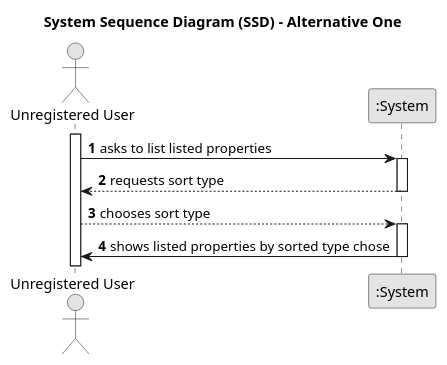
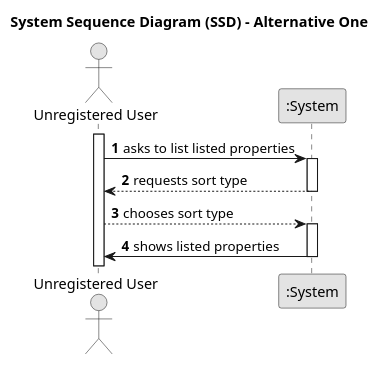
Before and after one commit to PEDROMOREIRA45/lei-23-s2-1dg-g31: the diagram in docs/sprintA/us001/01.requirements-engineering/puml/us001-system-sequence-diagram-alternative-one.puml, drawn with PlantUML. The commit also changed 9 other files, not shown here.

```diff
--- a/docs/sprintA/us001/01.requirements-engineering/puml/us001-system-sequence-diagram-alternative-one.puml
+++ b/docs/sprintA/us001/01.requirements-engineering/puml/us001-system-sequence-diagram-alternative-one.puml
@@ -1,27 +1,27 @@
 @startuml
 skinparam monochrome true
 skinparam packageStyle rectangle
 skinparam shadowing false
 
 title System Sequence Diagram (SSD) - Alternative One
 
 autonumber
 
 actor "Unregistered User" as User
 participant ":System" as System
 
 activate User
 
     User -> System : asks to list listed properties
     activate System
 
         System --> User : requests sort type
     deactivate System
 
     User --> System : chooses sort type
     activate System
 
-        System -> User : shows listed properties by sorted type chose
+        System -> User : shows listed properties
     deactivate System
 
 @enduml
```
